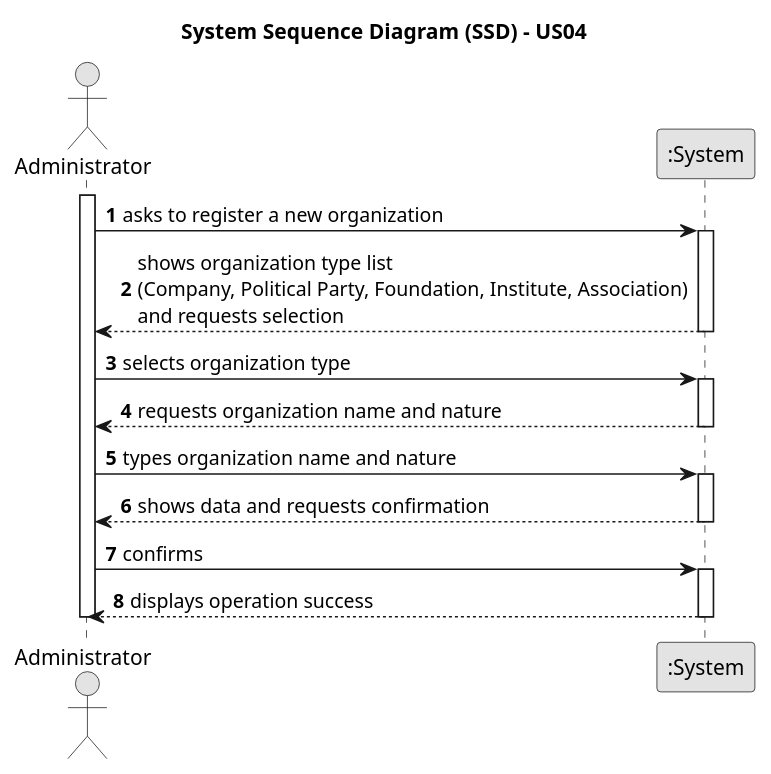
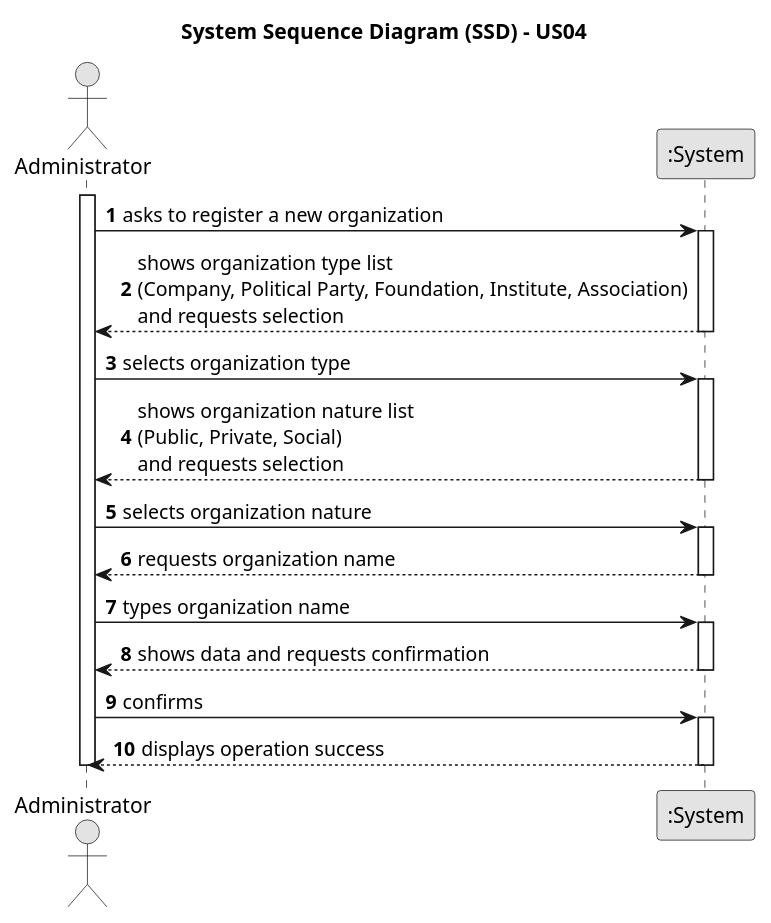
Before and after one commit to brunodspinto/crystal-clear-platform: the diagram in docs/system-documentation/US04/01.requirements-engineering/puml/US04-SSD.puml, drawn with PlantUML. The commit also changed 11 other files, not shown here.

```diff
--- a/docs/system-documentation/US04/01.requirements-engineering/puml/US04-SSD.puml
+++ b/docs/system-documentation/US04/01.requirements-engineering/puml/US04-SSD.puml
@@ -1,37 +1,42 @@
 @startuml
 skinparam monochrome true
 skinparam packageStyle rectangle
 skinparam shadowing false
 
 title System Sequence Diagram (SSD) - US04
 
 autonumber
 
 actor "Administrator" as Admin
 participant ":System" as System
 
 activate Admin
 
 Admin -> System : asks to register a new organization
 activate System
 System --> Admin : shows organization type list\n(Company, Political Party, Foundation, Institute, Association)\nand requests selection
 deactivate System
 
 Admin -> System : selects organization type
 activate System
-System --> Admin : requests organization name and nature
+System --> Admin : shows organization nature list\n(Public, Private, Social)\nand requests selection
 deactivate System
 
-Admin -> System : types organization name and nature
+Admin -> System : selects organization nature
+activate System
+System --> Admin : requests organization name
+deactivate System
+
+Admin -> System : types organization name
 activate System
 System --> Admin : shows data and requests confirmation
 deactivate System
 
 Admin -> System : confirms
 activate System
 System --> Admin : displays operation success
 deactivate System
 
 deactivate Admin
 
 @enduml
```
